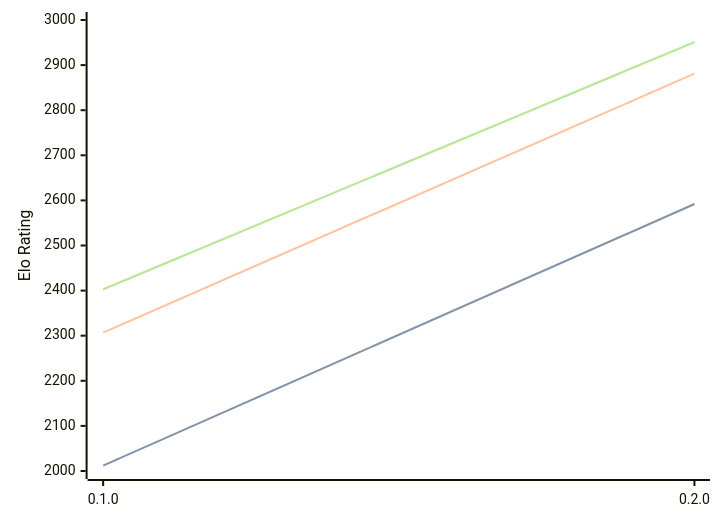
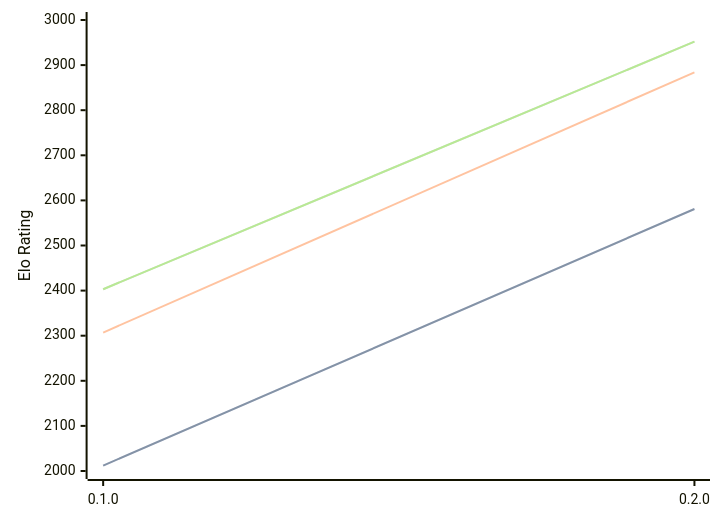
One commit to computer-chess-index/cci changed the first of 3 diagrams in engines/Justbot.md. Above: the diagram before and after it, drawn with Mermaid. The commit also changed other lines of this file, not shown here.

Commit message:
Update CCI Ratings (ELO VLTC) - 2026-07-11

````diff
--- a/engines/Justbot.md
+++ b/engines/Justbot.md
@@ -32,11 +32,11 @@
 ```mermaid
 %%{init: {"theme":"base","themeVariables":{"seriesColors:['#a3a3a3','#222221','#faa371']}}}%%
 xychart-beta
   x-axis ["0.1.0", "0.2.0"]
   y-axis "Elo Rating" 2000 --> 3000
-  line "STC (8.0+0.08s)" [2012, 2592]
-  line "STC (8.0+0.08s)" [2012, 2592]
-  line "LTC (60.0+0.60s)" [2307, 2881]
-  line "VLTC (2m24s+1.12s)" [2403, 2951]
-  line "VLTC (2m24s+1.12s)" [2403, 2951]
+  line "STC (8.0+0.08s)" [2012, 2581]
+  line "STC (8.0+0.08s)" [2012, 2581]
+  line "LTC (60.0+0.60s)" [2307, 2884]
+  line "VLTC (2m24s+1.12s)" [2403, 2952]
+  line "VLTC (2m24s+1.12s)" [2403, 2952]
 ```
````
